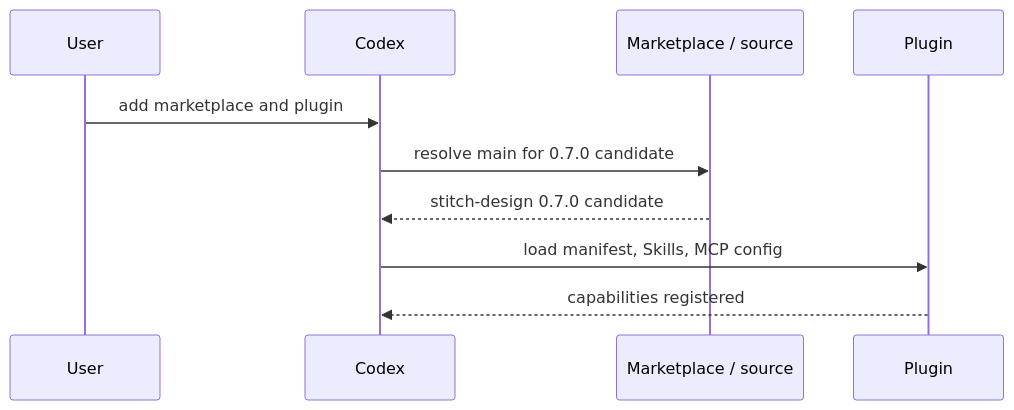
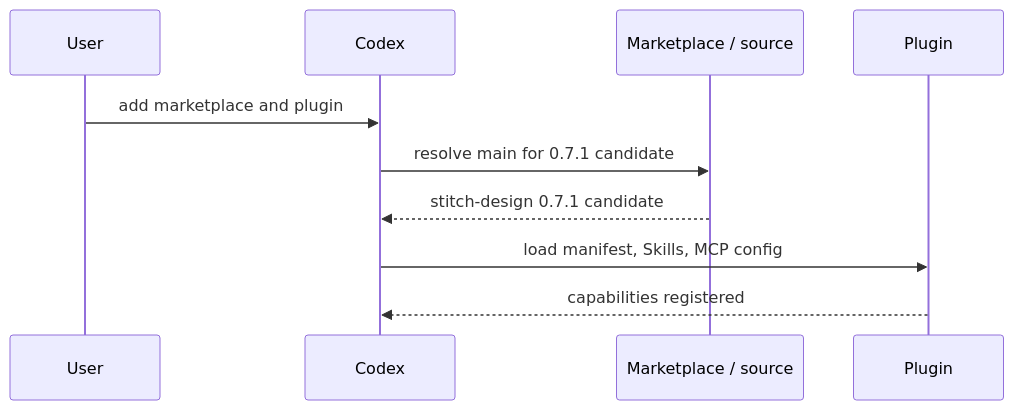
Before and after one commit to full-stack-plugins/stitch-design-plugin: the seventh of 11 diagrams in docs/Stitch-Design-Architecture.md, drawn with Mermaid. The commit also changed other lines of this file and 16 other files, not shown here.

First line of the commit message:
chore: prepare Stitch Design 0.7.1 release

````diff
--- a/docs/Stitch-Design-Architecture.md
+++ b/docs/Stitch-Design-Architecture.md
@@ -160,12 +160,12 @@
 ```mermaid
 sequenceDiagram
     participant U as User
     participant C as Codex
     participant M as Marketplace / source
     participant P as Plugin
     U->>C: add marketplace and plugin
-    C->>M: resolve main for 0.7.0 candidate
-    M-->>C: stitch-design 0.7.0 candidate
+    C->>M: resolve main for 0.7.1 candidate
+    M-->>C: stitch-design 0.7.1 candidate
     C->>P: load manifest, Skills, MCP config
     P-->>C: capabilities registered
 ```
````
